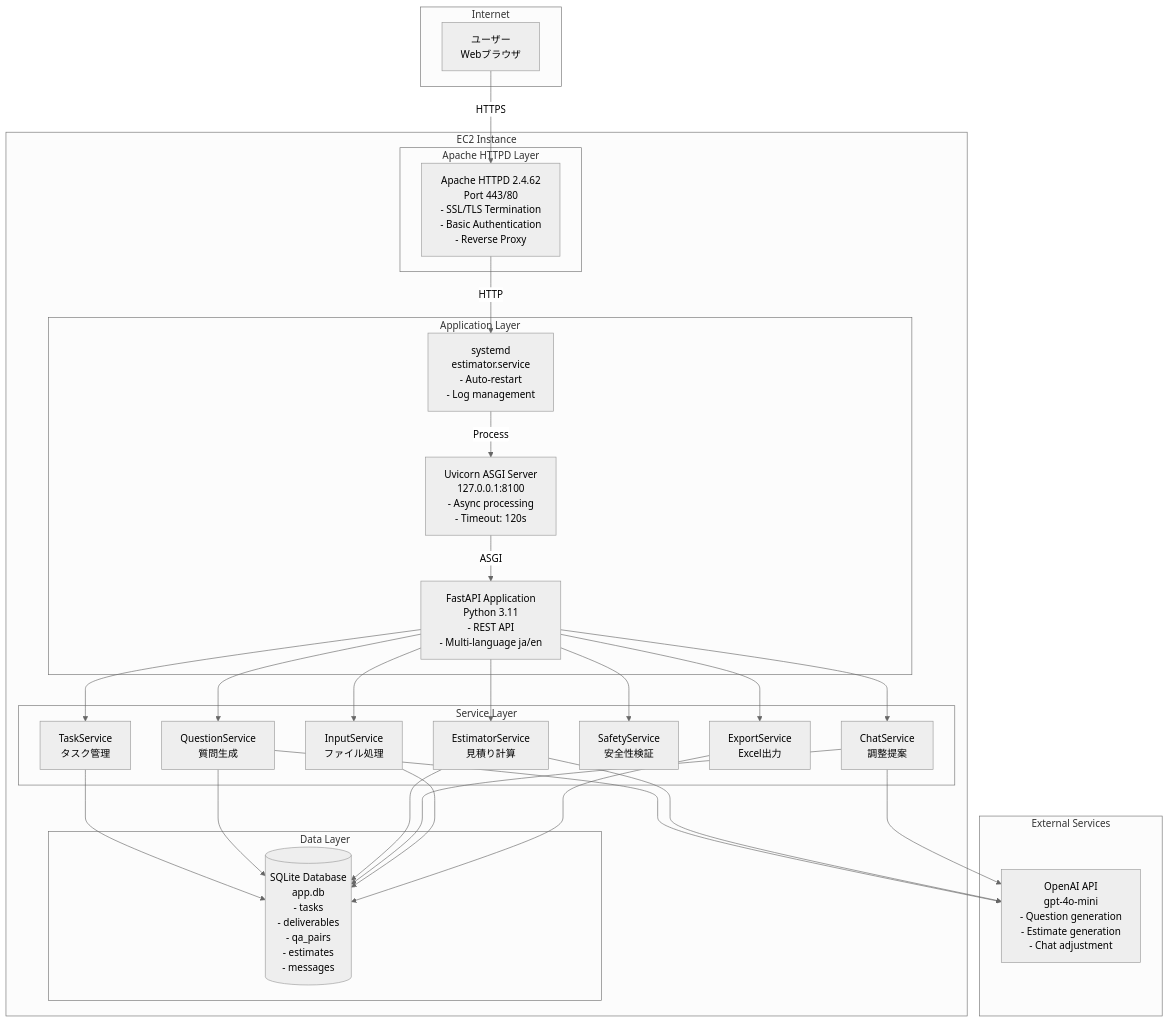
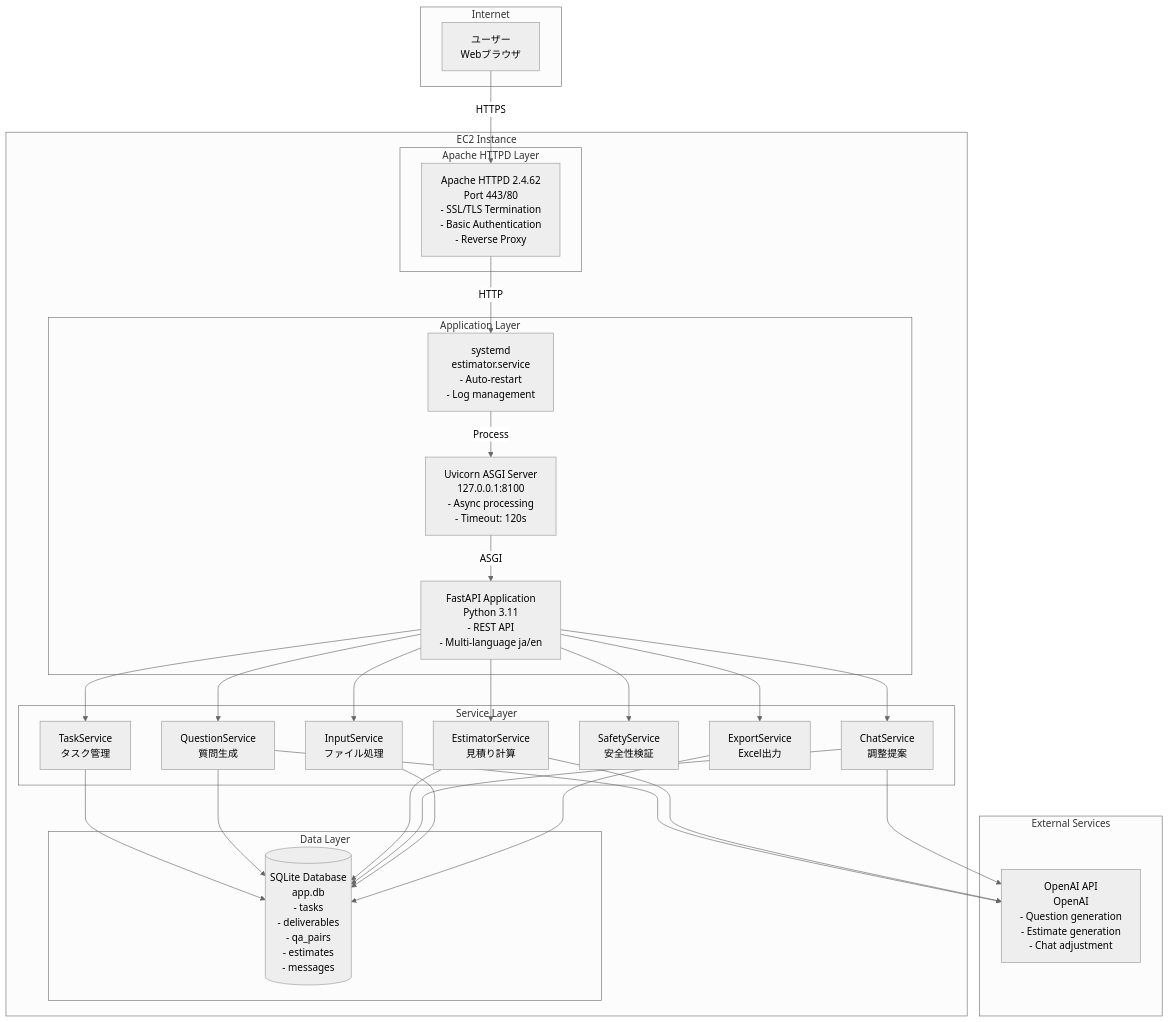
One commit to daishir0/ai-estimator2 changed the first of 16 diagrams in docs/architecture/ARCHITECTURE.md. Above: the diagram before and after it, drawn with Mermaid (neutral theme). The commit also changed 24 other files, not shown here.

````diff
--- a/docs/architecture/ARCHITECTURE.md
+++ b/docs/architecture/ARCHITECTURE.md
@@ -45,61 +45,61 @@
 ```mermaid
 graph TB
     subgraph "Internet"
         User[ユーザー<br/>Webブラウザ]
     end
 
     subgraph "EC2 Instance"
         subgraph "Apache HTTPD Layer"
             Apache[Apache HTTPD 2.4.62<br/>Port 443/80<br/>- SSL/TLS Termination<br/>- Basic Authentication<br/>- Reverse Proxy]
         end
 
         subgraph "Application Layer"
             SystemD[systemd<br/>estimator.service<br/>- Auto-restart<br/>- Log management]
 
             Uvicorn[Uvicorn ASGI Server<br/>127.0.0.1:8100<br/>- Async processing<br/>- Timeout: 120s]
 
             FastAPI[FastAPI Application<br/>Python 3.11<br/>- REST API<br/>- Multi-language ja/en]
         end
 
         subgraph "Service Layer"
             TaskSvc[TaskService<br/>タスク管理]
             QuestionSvc[QuestionService<br/>質問生成]
             EstimateSvc[EstimatorService<br/>見積り計算]
             ChatSvc[ChatService<br/>調整提案]
             SafetySvc[SafetyService<br/>安全性検証]
             InputSvc[InputService<br/>ファイル処理]
             ExportSvc[ExportService<br/>Excel出力]
         end
 
         subgraph "Data Layer"
             SQLite[(SQLite Database<br/>app.db<br/>- tasks<br/>- deliverables<br/>- qa_pairs<br/>- estimates<br/>- messages)]
         end
     end
 
     subgraph "External Services"
-        OpenAI[OpenAI API<br/>gpt-4o-mini<br/>- Question generation<br/>- Estimate generation<br/>- Chat adjustment]
+        OpenAI[OpenAI API<br/>OpenAI<br/>- Question generation<br/>- Estimate generation<br/>- Chat adjustment]
     end
 
     User -->|HTTPS| Apache
     Apache -->|HTTP| SystemD
     SystemD -->|Process| Uvicorn
     Uvicorn -->|ASGI| FastAPI
 
     FastAPI --> TaskSvc
     FastAPI --> QuestionSvc
     FastAPI --> EstimateSvc
     FastAPI --> ChatSvc
     FastAPI --> SafetySvc
     FastAPI --> InputSvc
     FastAPI --> ExportSvc
 
     TaskSvc --> SQLite
     QuestionSvc --> SQLite
     QuestionSvc --> OpenAI
     EstimateSvc --> SQLite
     EstimateSvc --> OpenAI
     ChatSvc --> SQLite
     ChatSvc --> OpenAI
     InputSvc --> SQLite
     ExportSvc --> SQLite
 ```
````
